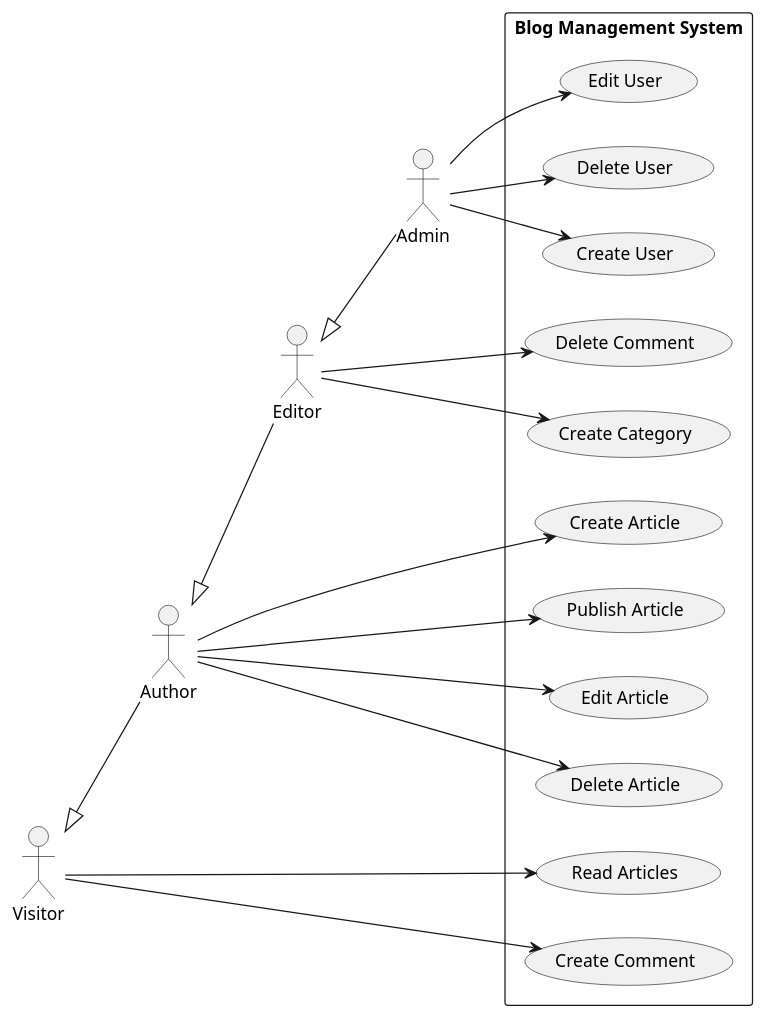
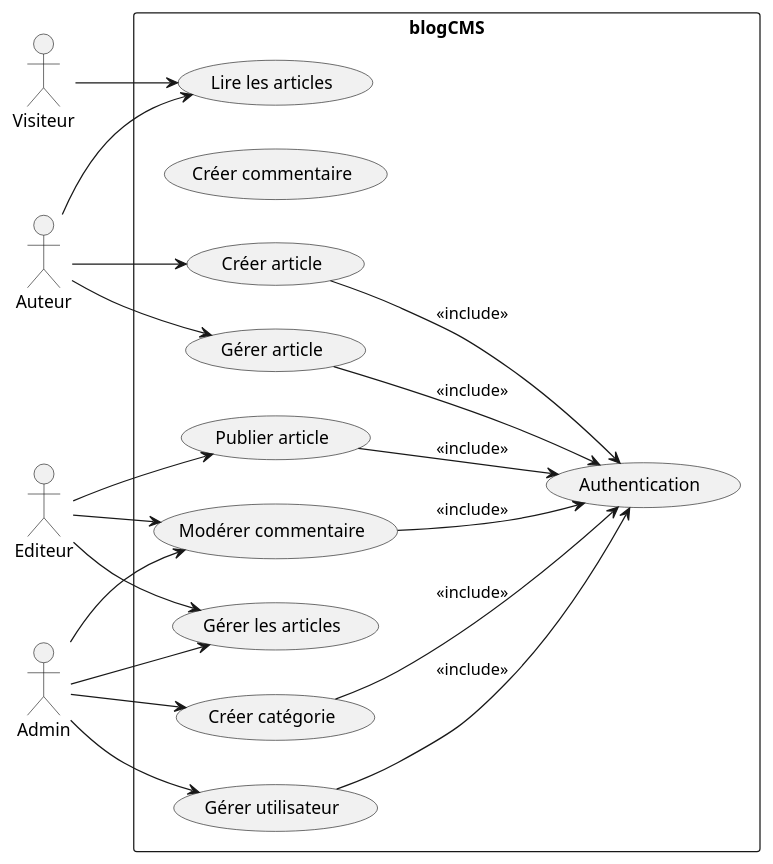
Before and after one commit to SaiKYouBoi/BLOGCMS_CONSOLE: the diagram in diagrams/plantuml.puml, drawn with PlantUML. The commit also changed 2 other files, not shown here.

Commit message:
Diagram Corrected

```diff
--- a/diagrams/plantuml.puml
+++ b/diagrams/plantuml.puml
@@ -1,50 +1,49 @@
 @startuml
 left to right direction
 
-
-actor Visitor
-actor Author
-actor Editor
+actor Visiteur
+actor Auteur
+actor Editeur
 actor Admin
 
+rectangle blogCMS {
 
-Visitor <|-- Author
-Author  <|-- Editor
-Editor  <|-- Admin
+  (Lire les articles) as UC_Read
+  (Créer commentaire) as UC_Comment
 
+  (Authentication) as UC_Auth
 
-rectangle "Blog Management System" {
+  (Créer article) as UC_CreateArticle
+  (Gérer article) as UC_ManageArticle
+  (Publier article) as UC_PublishArticle
 
-    usecase "Read Articles" as UC_Read
-    usecase "Create Comment" as UC_Comment
-    usecase "Delete Comment" as UC_DeleteComment
-
-    usecase "Create Article" as UC_CreateArticle
-    usecase "Publish Article" as UC_PublishArticle
-    usecase "Edit Article" as UC_EditArticle
-    usecase "Delete Article" as UC_DeleteArticle
-
-    usecase "Create Category" as UC_CreateCategory
-
-    usecase "Create User" as UC_CreateUser
-    usecase "Edit User" as UC_EditUser
-    usecase "Delete User" as UC_DeleteUser
+  (Modérer commentaire) as UC_ModerateComment
+  (Gérer les articles) as UC_AllArticles
+  (Créer catégorie) as UC_Category
+  (Gérer utilisateur) as UC_Users
 }
 
+Visiteur --> UC_Read
 
-Visitor --> UC_Read
-Visitor --> UC_Comment
+Auteur --> UC_Read
+Auteur --> UC_CreateArticle
+Auteur --> UC_ManageArticle
 
-Author --> UC_CreateArticle
-Author --> UC_PublishArticle
-Author --> UC_EditArticle
-Author --> UC_DeleteArticle
+Editeur --> UC_AllArticles
+Editeur --> UC_PublishArticle
+Editeur --> UC_ModerateComment
 
-Editor --> UC_DeleteComment
-Editor --> UC_CreateCategory
+Admin --> UC_Users
+Admin --> UC_Category
+Admin --> UC_AllArticles
+Admin --> UC_ModerateComment
 
-Admin --> UC_CreateUser
-Admin --> UC_EditUser
-Admin --> UC_DeleteUser
+' Authentication is required ONLY for logged-in actions
+UC_CreateArticle --> UC_Auth : <<include>>
+UC_ManageArticle --> UC_Auth : <<include>>
+UC_PublishArticle --> UC_Auth : <<include>>
+UC_ModerateComment --> UC_Auth : <<include>>
+UC_Users --> UC_Auth : <<include>>
+UC_Category --> UC_Auth : <<include>>
 
 @enduml
```
